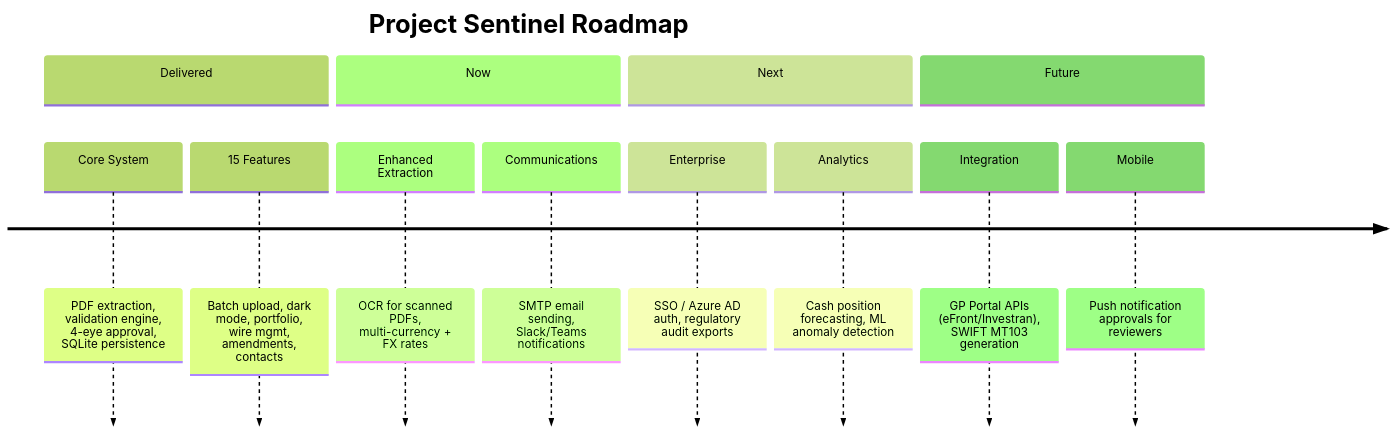
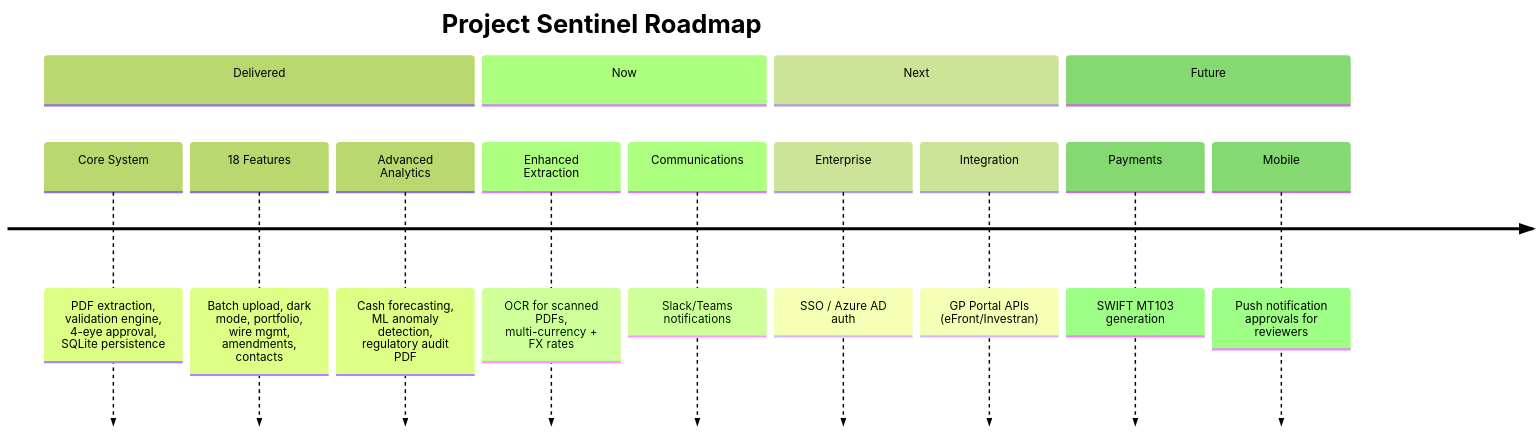
The fifth of 5 diagrams in docs/PROJECT_OVERVIEW.md (SEFICO-23/Sentinel), drawn with Mermaid (forest theme) before and after one commit. The commit also changed other lines of this file and 7 other files, not shown here.

First line of the commit message:
Update all docs for 3 new features (forecasting, audit PDF, anomaly)

````diff
--- a/docs/PROJECT_OVERVIEW.md
+++ b/docs/PROJECT_OVERVIEW.md
@@ -177,23 +187,24 @@
 ```mermaid
 timeline
     accTitle: Development Roadmap
     accDescr: Three-phase roadmap from current deliverables through near-term enhancements to long-term vision.
 
     title Project Sentinel Roadmap
 
     section Delivered
         Core System : PDF extraction, validation engine, 4-eye approval, SQLite persistence
-        15 Features : Batch upload, dark mode, portfolio, wire mgmt, amendments, contacts
+        18 Features : Batch upload, dark mode, portfolio, wire mgmt, amendments, contacts
+        Advanced Analytics : Cash forecasting, ML anomaly detection, regulatory audit PDF
 
     section Now
         Enhanced Extraction : OCR for scanned PDFs, multi-currency + FX rates
-        Communications : SMTP email sending, Slack/Teams notifications
+        Communications : Slack/Teams notifications
 
     section Next
-        Enterprise : SSO / Azure AD auth, regulatory audit exports
-        Analytics : Cash position forecasting, ML anomaly detection
+        Enterprise : SSO / Azure AD auth
+        Integration : GP Portal APIs (eFront/Investran)
 
     section Future
-        Integration : GP Portal APIs (eFront/Investran), SWIFT MT103 generation
+        Payments : SWIFT MT103 generation
         Mobile : Push notification approvals for reviewers
 ```
````
